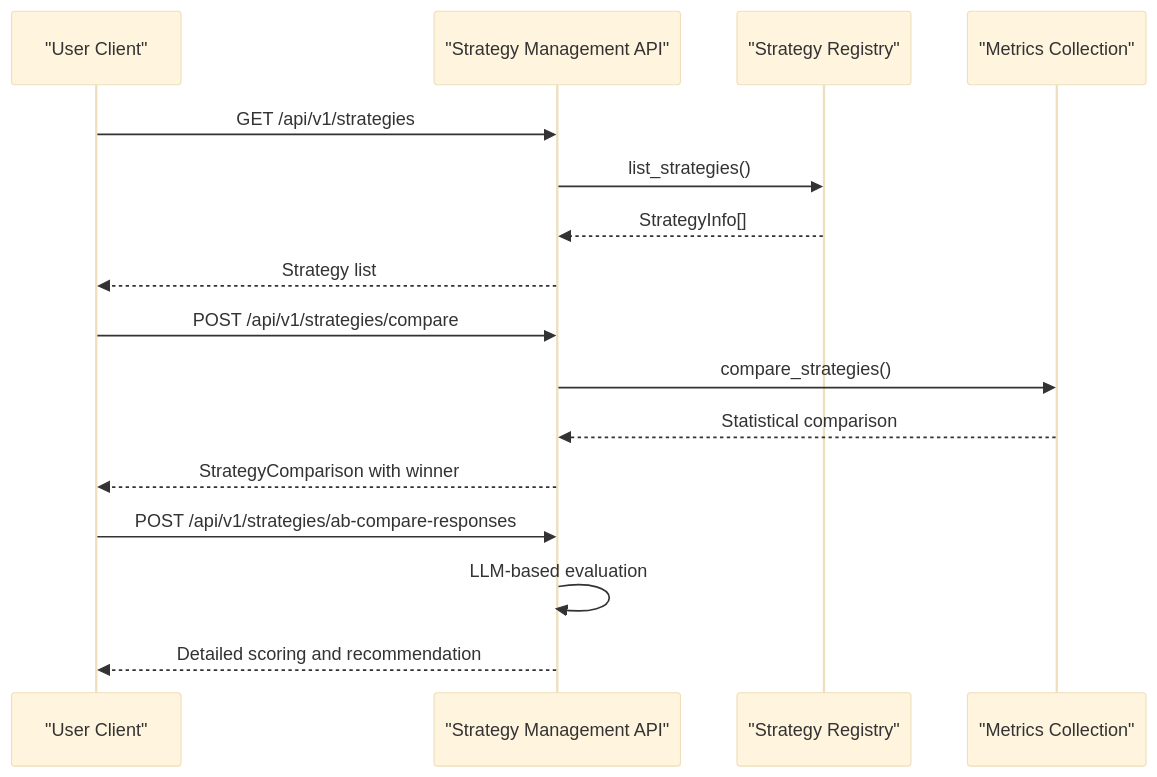
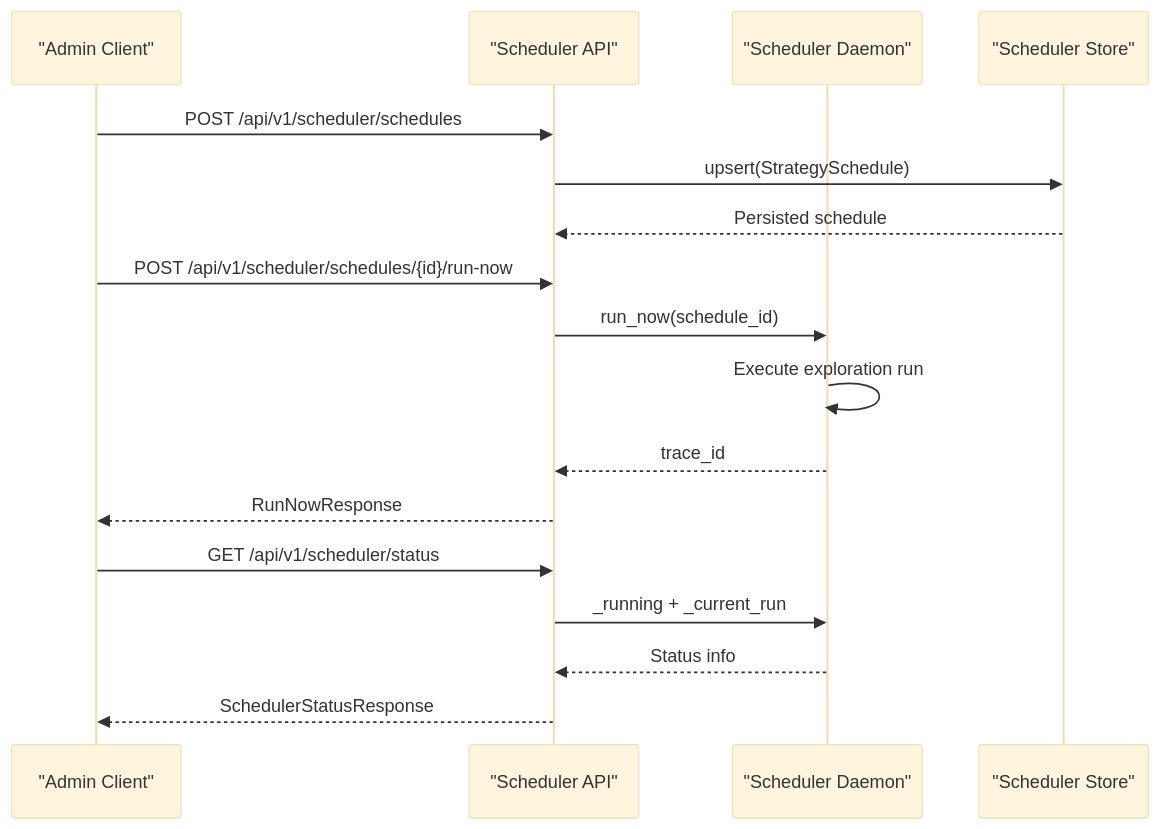
The ninth of 9 diagrams in .qoder/repowiki/en/content/API Reference/API Reference.md (emanuelplopu/MongoDB-RAG-Agent), drawn with Mermaid (base theme) before and after one commit. The commit also changed other lines of this file and 4 other files, not shown here.

First line of the commit message:
Add Strategy OS docs and update API refs

````diff
--- a/.qoder/repowiki/en/content/API Reference/API Reference.md
+++ b/.qoder/repowiki/en/content/API Reference/API Reference.md
@@ -1257,18 +1226,19 @@
 ```mermaid
 sequenceDiagram
-participant User as "User Client"
-participant StrategyAPI as "Strategy Management API"
-participant StrategyRegistry as "Strategy Registry"
-participant Metrics as "Metrics Collection"
-User->>StrategyAPI : GET /api/v1/strategies
-StrategyAPI->>StrategyRegistry : list_strategies()
-StrategyRegistry-->>StrategyAPI : StrategyInfo[]
-StrategyAPI-->>User : Strategy list
-User->>StrategyAPI : POST /api/v1/strategies/compare
-StrategyAPI->>Metrics : compare_strategies()
-Metrics-->>StrategyAPI : Statistical comparison
-StrategyAPI-->>User : StrategyComparison with winner
-User->>StrategyAPI : POST /api/v1/strategies/ab-compare-responses
-StrategyAPI->>StrategyAPI : LLM-based evaluation
-StrategyAPI-->>User : Detailed scoring and recommendation
+participant Admin as "Admin Client"
+participant Sched as "Scheduler API"
+participant Daemon as "Scheduler Daemon"
+participant Store as "Scheduler Store"
+Admin->>Sched : POST /api/v1/scheduler/schedules
+Sched->>Store : upsert(StrategySchedule)
+Store-->>Sched : Persisted schedule
+Admin->>Sched : POST /api/v1/scheduler/schedules/{id}/run-now
+Sched->>Daemon : run_now(schedule_id)
+Daemon->>Daemon : Execute exploration run
+Daemon-->>Sched : trace_id
+Sched-->>Admin : RunNowResponse
+Admin->>Sched : GET /api/v1/scheduler/status
+Sched->>Daemon : _running + _current_run
+Daemon-->>Sched : Status info
+Sched-->>Admin : SchedulerStatusResponse
 ```
````
